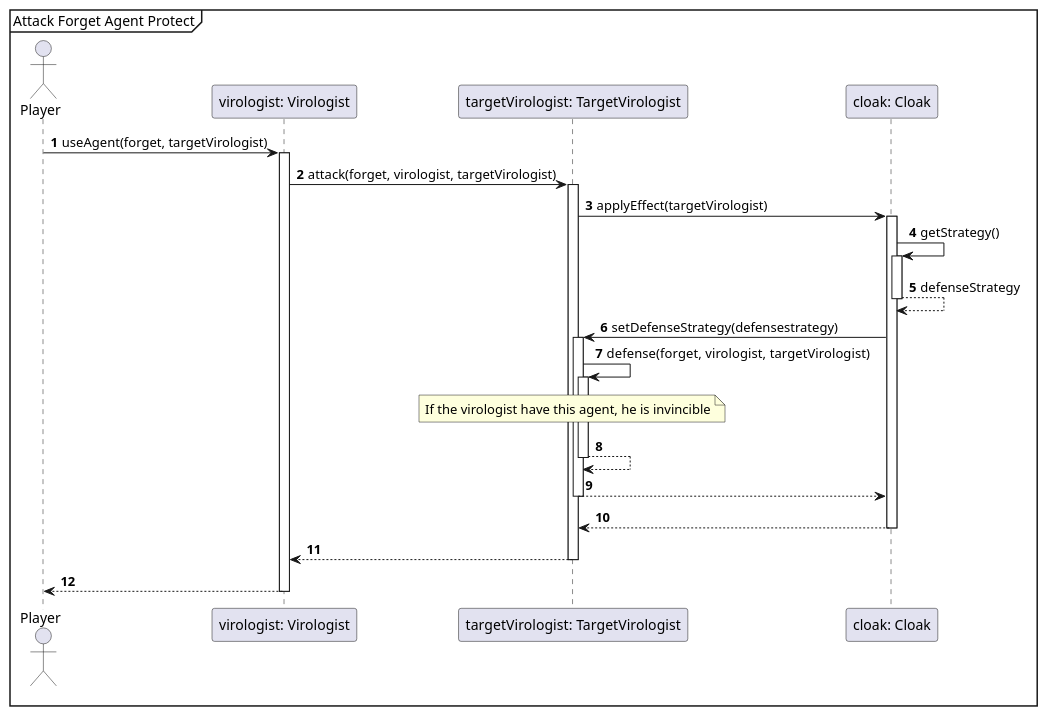
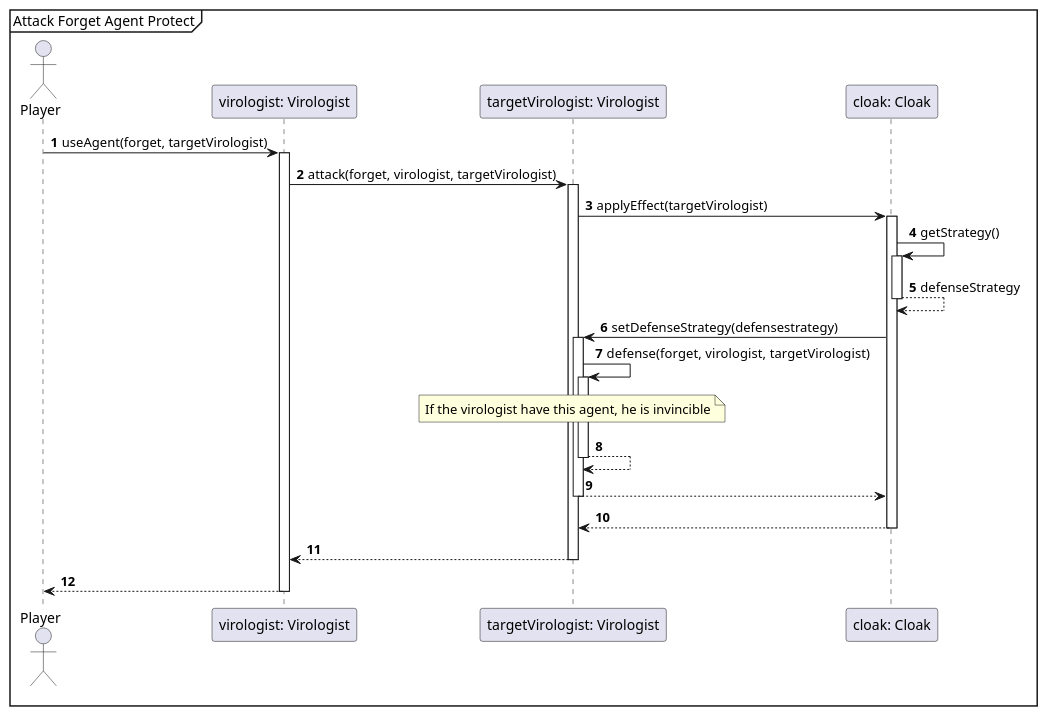
The diagram in Exact Sequence-diagrams/AttackForgetAgentPROTECT.puml (Projlab-csb/projlab-virologus), drawn with PlantUML before and after one commit. The commit also changed 20 other files, not shown here.

Commit message:
Little changes in sequences

```diff
--- a/Exact Sequence-diagrams/AttackForgetAgentPROTECT.puml
+++ b/Exact Sequence-diagrams/AttackForgetAgentPROTECT.puml
@@ -1,37 +1,37 @@
 @startuml
 'https://plantuml.com/sequence-diagram
 
 autonumber
 
 mainframe Attack Forget Agent Protect
 
 actor Player
 
 Player -> "virologist: Virologist"++: useAgent(forget, targetVirologist)
- "virologist: Virologist" -> "targetVirologist: TargetVirologist"++: attack(forget, virologist, targetVirologist)
+ "virologist: Virologist" -> "targetVirologist: Virologist"++: attack(forget, virologist, targetVirologist)
 
- "targetVirologist: TargetVirologist" -> "cloak: Cloak" ++ : applyEffect(targetVirologist)
+ "targetVirologist: Virologist" -> "cloak: Cloak" ++ : applyEffect(targetVirologist)
 
  "cloak: Cloak"  -> "cloak: Cloak" ++ : getStrategy()
  "cloak: Cloak"  --> "cloak: Cloak" -- : defenseStrategy
 
- "cloak: Cloak"  -> "targetVirologist: TargetVirologist"++: setDefenseStrategy(defensestrategy)
+ "cloak: Cloak"  -> "targetVirologist: Virologist"++: setDefenseStrategy(defensestrategy)
 
 
-"targetVirologist: TargetVirologist" -> "targetVirologist: TargetVirologist"++: defense(forget, virologist,  targetVirologist)
+"targetVirologist: Virologist" -> "targetVirologist: Virologist"++: defense(forget, virologist,  targetVirologist)
 
 
-note over "targetVirologist: TargetVirologist"
+note over "targetVirologist: Virologist"
     If the virologist have this agent, he is invincible
 end note
 
-"targetVirologist: TargetVirologist" --> "targetVirologist: TargetVirologist" --
+"targetVirologist: Virologist" --> "targetVirologist: Virologist" --
 
-"targetVirologist: TargetVirologist" --> "cloak: Cloak" --
-"cloak: Cloak" --> "targetVirologist: TargetVirologist" --
+"targetVirologist: Virologist" --> "cloak: Cloak" --
+"cloak: Cloak" --> "targetVirologist: Virologist" --
 
 
-"targetVirologist: TargetVirologist" -->  "virologist: Virologist" --
+"targetVirologist: Virologist" -->  "virologist: Virologist" --
 
  "virologist: Virologist" --> Player --
 @enduml
```
